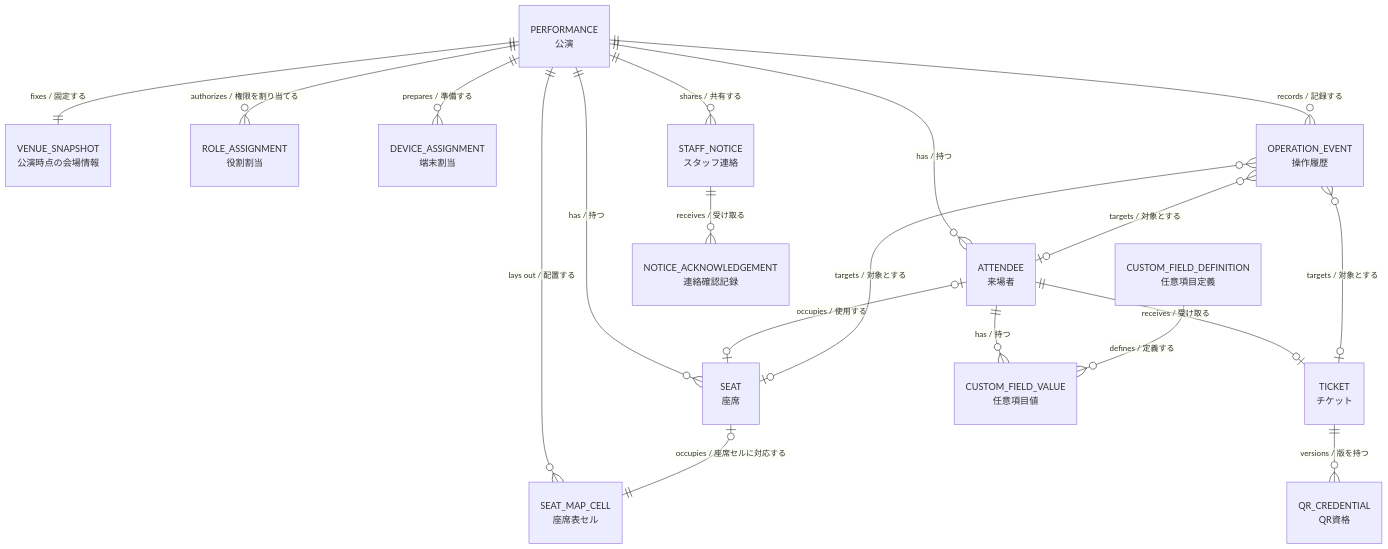
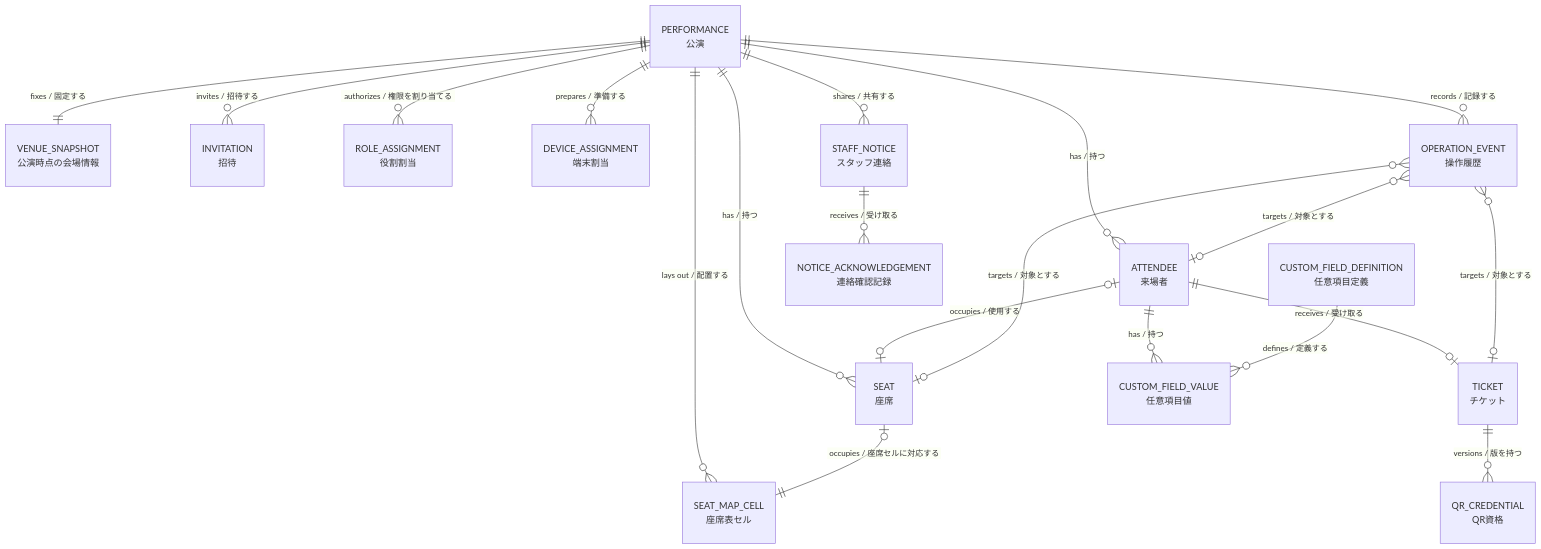
The first of 4 diagrams in docs/development/logical-data-model.md (EU0207/concert-reception-system), drawn with Mermaid before and after one commit. The commit also changed other lines of this file and 5 other files, not shown here.

Commit message:
docs: define invitation and device preparation flow

````diff
--- a/docs/development/logical-data-model.md
+++ b/docs/development/logical-data-model.md
@@ -71,36 +72,38 @@
 ```mermaid
 erDiagram
     PERFORMANCE["PERFORMANCE<br/>公演"]
     VENUE_SNAPSHOT["VENUE_SNAPSHOT<br/>公演時点の会場情報"]
     SEAT["SEAT<br/>座席"]
     SEAT_MAP_CELL["SEAT_MAP_CELL<br/>座席表セル"]
     ATTENDEE["ATTENDEE<br/>来場者"]
+    INVITATION["INVITATION<br/>招待"]
     ROLE_ASSIGNMENT["ROLE_ASSIGNMENT<br/>役割割当"]
     DEVICE_ASSIGNMENT["DEVICE_ASSIGNMENT<br/>端末割当"]
     OPERATION_EVENT["OPERATION_EVENT<br/>操作履歴"]
     STAFF_NOTICE["STAFF_NOTICE<br/>スタッフ連絡"]
     TICKET["TICKET<br/>チケット"]
     CUSTOM_FIELD_VALUE["CUSTOM_FIELD_VALUE<br/>任意項目値"]
     CUSTOM_FIELD_DEFINITION["CUSTOM_FIELD_DEFINITION<br/>任意項目定義"]
     QR_CREDENTIAL["QR_CREDENTIAL<br/>QR資格"]
     NOTICE_ACKNOWLEDGEMENT["NOTICE_ACKNOWLEDGEMENT<br/>連絡確認記録"]
 
     PERFORMANCE ||--|| VENUE_SNAPSHOT : "fixes / 固定する"
     PERFORMANCE ||--o{ SEAT : "has / 持つ"
     PERFORMANCE ||--o{ SEAT_MAP_CELL : "lays out / 配置する"
     SEAT o|--|| SEAT_MAP_CELL : "occupies / 座席セルに対応する"
     PERFORMANCE ||--o{ ATTENDEE : "has / 持つ"
+    PERFORMANCE ||--o{ INVITATION : "invites / 招待する"
     PERFORMANCE ||--o{ ROLE_ASSIGNMENT : "authorizes / 権限を割り当てる"
     PERFORMANCE ||--o{ DEVICE_ASSIGNMENT : "prepares / 準備する"
     PERFORMANCE ||--o{ OPERATION_EVENT : "records / 記録する"
     PERFORMANCE ||--o{ STAFF_NOTICE : "shares / 共有する"
     ATTENDEE ||--o| TICKET : "receives / 受け取る"
     ATTENDEE o|--o| SEAT : "occupies / 使用する"
     ATTENDEE ||--o{ CUSTOM_FIELD_VALUE : "has / 持つ"
     CUSTOM_FIELD_DEFINITION ||--o{ CUSTOM_FIELD_VALUE : "defines / 定義する"
     TICKET ||--o{ QR_CREDENTIAL : "versions / 版を持つ"
     OPERATION_EVENT }o--o| ATTENDEE : "targets / 対象とする"
     OPERATION_EVENT }o--o| TICKET : "targets / 対象とする"
     OPERATION_EVENT }o--o| SEAT : "targets / 対象とする"
     STAFF_NOTICE ||--o{ NOTICE_ACKNOWLEDGEMENT : "receives / 受け取る"
 ```
````
